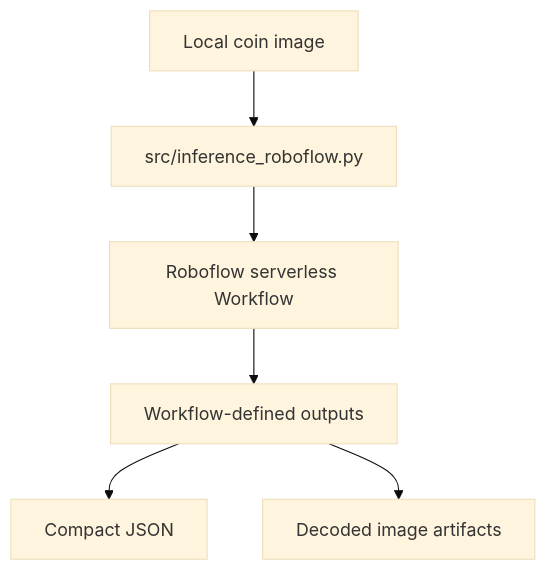
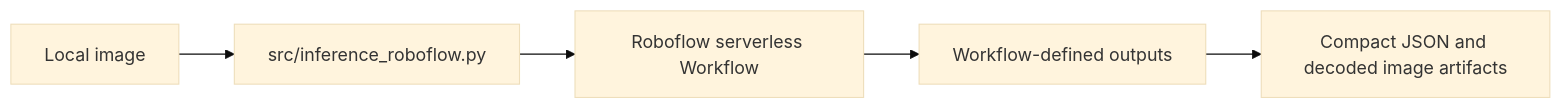
Before and after one commit to Live-Rocks/Coin-AOI: the third of 3 diagrams in docs/ARCHITECTURE.md, drawn with Mermaid (base theme). The commit also changed other lines of this file and 13 other files, not shown here.

````diff
--- a/docs/ARCHITECTURE.md
+++ b/docs/ARCHITECTURE.md
@@ -24,8 +76,7 @@
 ```mermaid
-flowchart TD
-    localCoin[Local coin image] --> hostedClient[src/inference_roboflow.py]
-    hostedClient --> workflow[Roboflow serverless Workflow]
-    workflow --> dynamicOutputs[Workflow-defined outputs]
-    dynamicOutputs --> compactJson[Compact JSON]
-    dynamicOutputs --> imageArtifacts[Decoded image artifacts]
+flowchart LR
+    image["Local image"] --> client["src/inference_roboflow.py"]
+    client --> workflow["Roboflow serverless Workflow"]
+    workflow --> response["Workflow-defined outputs"]
+    response --> compact["Compact JSON and decoded image artifacts"]
 ```
````
